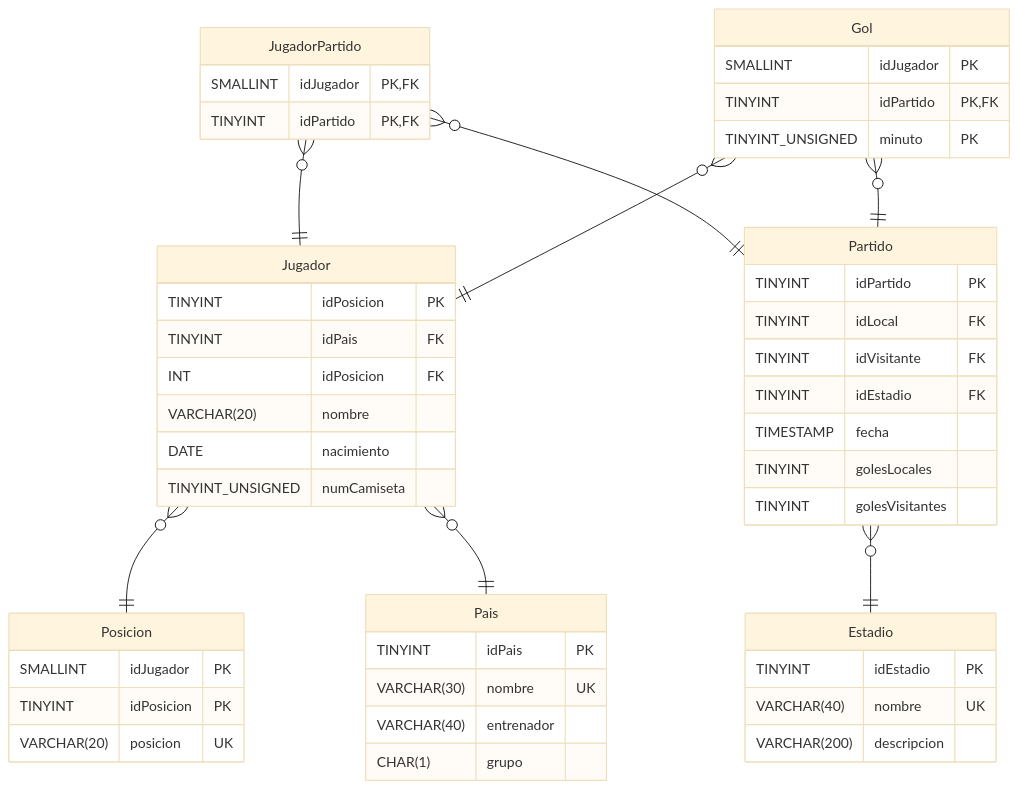
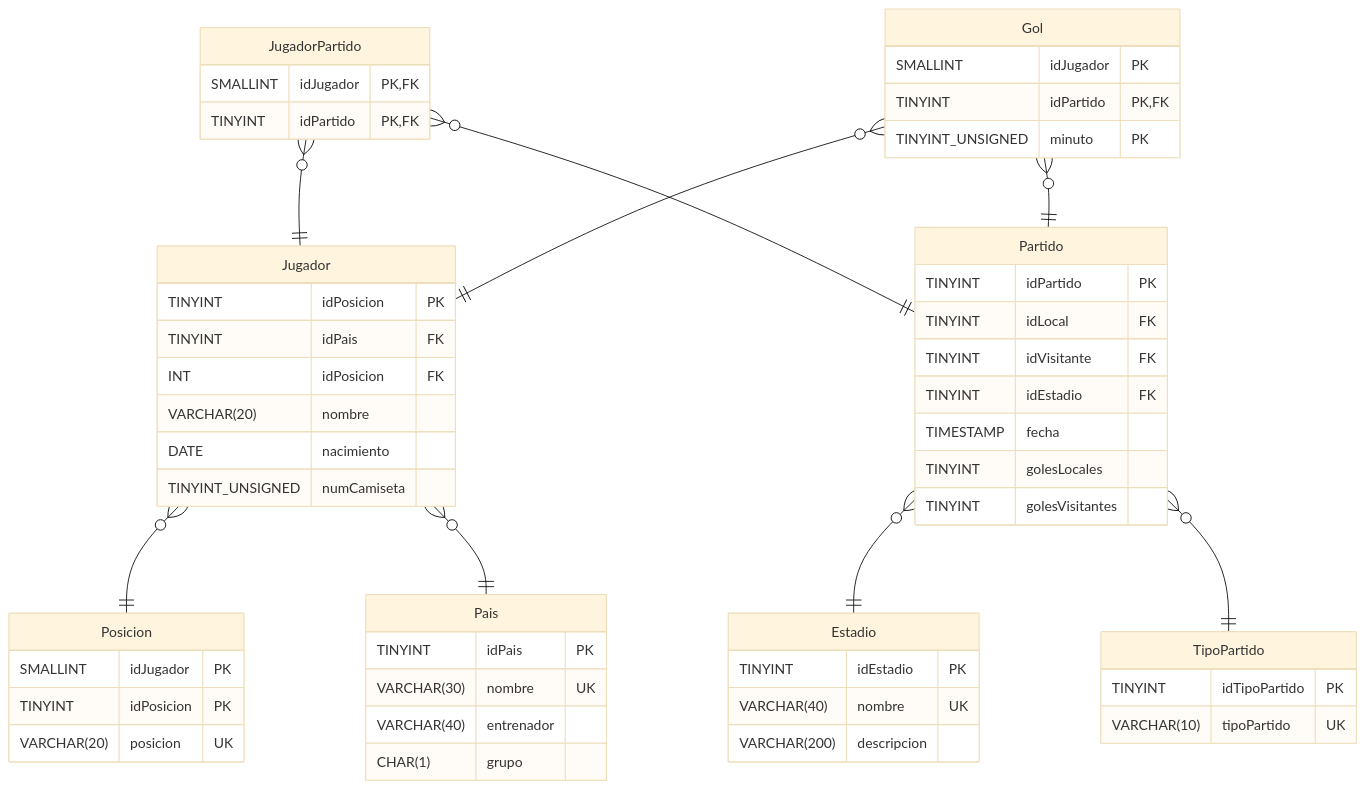
Before and after one commit to PasandiLuka/BD-Mundial22: the diagram in README.md, drawn with Mermaid (base theme). The commit also changed 2 other files, not shown here.

Commit message:
TipoPartido
- Agregado TipoPartido en DDL, DER y algunas filas.
- Correcciones en el script de creación

````diff
--- a/README.md
+++ b/README.md
@@ -6,55 +6,60 @@
 ```mermaid
 erDiagram
     Pais{
         TINYINT idPais PK
         VARCHAR(30) nombre UK
         VARCHAR(40) entrenador
         CHAR(1) grupo
     }
     Estadio{
         TINYINT idEstadio PK
         VARCHAR(40) nombre UK
         VARCHAR(200) descripcion
+    }
+    TipoPartido{
+        TINYINT idTipoPartido PK
+        VARCHAR(10) tipoPartido UK
     }
     Partido{
         TINYINT idPartido PK
         TINYINT idLocal FK
         TINYINT idVisitante FK
         TINYINT idEstadio FK
         TIMESTAMP fecha
         TINYINT golesLocales
         TINYINT golesVisitantes
     }
     Posicion{
         SMALLINT idJugador PK
         TINYINT idPosicion PK
         VARCHAR(20) posicion UK
     }
     Jugador{
         TINYINT idPosicion PK
         TINYINT idPais FK
         INT idPosicion FK
         VARCHAR(20) nombre 
         DATE nacimiento 
         TINYINT_UNSIGNED numCamiseta
     }
     JugadorPartido{
         SMALLINT idJugador PK, FK
         TINYINT idPartido PK, FK
     }
     Gol{
         SMALLINT idJugador PK
         TINYINT idPartido PK, FK
         TINYINT_UNSIGNED minuto PK
     }
 
     Jugador }o--|| Posicion :""
     Jugador }o--|| Pais :""
     Partido }o--|| Estadio :""
+    Partido }o--|| TipoPartido :""
     JugadorPartido }o--|| Jugador :""
     JugadorPartido }o--|| Partido :""
     Gol }o--|| Jugador :""
     Gol }o--|| Partido :""
 
 
 ```
````
